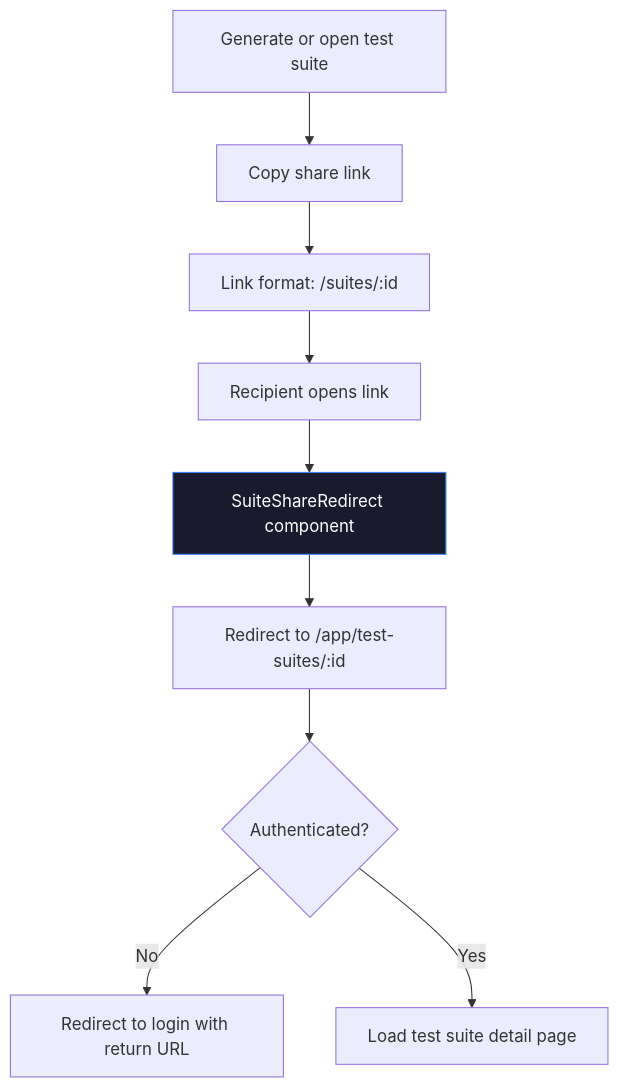
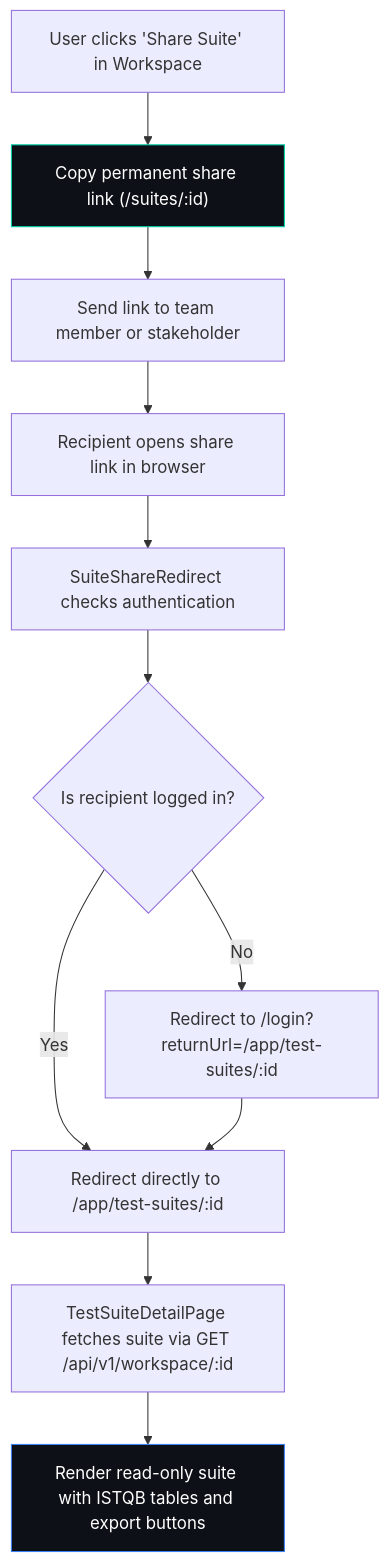
One commit to KISHOR403/Testnexa-Ai changed the tenth of 11 diagrams in docs/USER_FLOWS.md. Above: the diagram before and after it, drawn with Mermaid. The commit also changed other lines of this file and 2 other files, not shown here.

````diff
--- a/docs/USER_FLOWS.md
+++ b/docs/USER_FLOWS.md
@@ -274,13 +294,16 @@
 ```mermaid
 flowchart TD
-    A["Generate or open test suite"] --> B["Copy share link"]
-    B --> C["Link format: /suites/:id"]
-    C --> D["Recipient opens link"]
-    D --> E["SuiteShareRedirect component"]
-    E --> F["Redirect to /app/test-suites/:id"]
-    F --> G{"Authenticated?"}
-    G -->|No| H["Redirect to login with return URL"]
-    G -->|Yes| I["Load test suite detail page"]
-    
-    style E fill:#1a1a2e,stroke:#3b82f6,color:#fff
+    A["User clicks 'Share Suite' in Workspace"] --> B["Copy permanent share link (/suites/:id)"]
+    B --> C["Send link to team member or stakeholder"]
+    C --> D["Recipient opens share link in browser"]
+    D --> E["SuiteShareRedirect checks authentication"]
+    E --> F{"Is recipient logged in?"}
+    F -->|No| G["Redirect to /login?returnUrl=/app/test-suites/:id"]
+    F -->|Yes| H["Redirect directly to /app/test-suites/:id"]
+    G --> H
+    H --> I["TestSuiteDetailPage fetches suite via GET /api/v1/workspace/:id"]
+    I --> J["Render read-only suite with ISTQB tables and export buttons"]
+
+    style B fill:#0d1117,stroke:#00d4aa,color:#fff
+    style J fill:#0d1117,stroke:#3b82f6,color:#fff
 ```
````
